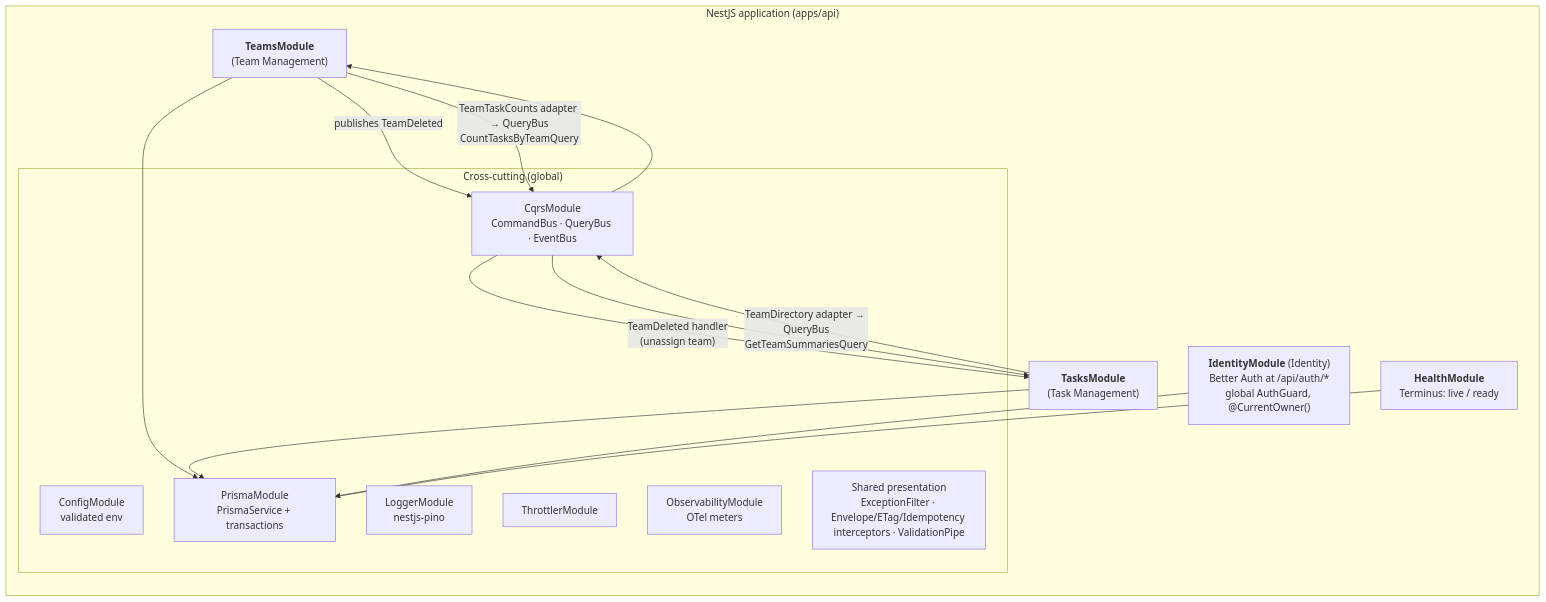
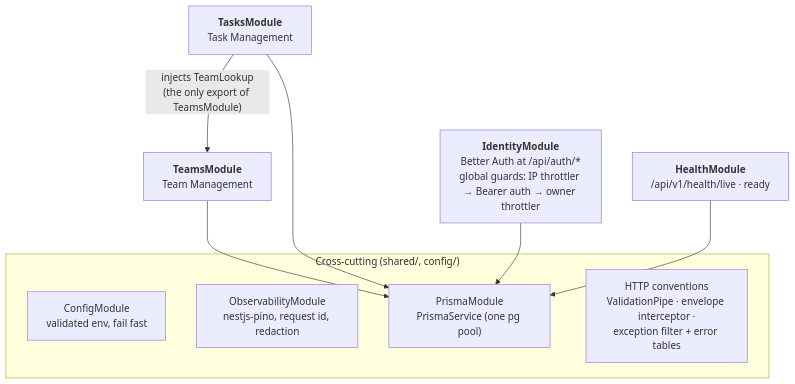
Before and after one commit to rodriguesdenis/hitss: the second of 4 diagrams in docs/architecture/overview.md, drawn with Mermaid. The commit also changed other lines of this file and 56 other files, not shown here.

````diff
--- a/docs/architecture/overview.md
+++ b/docs/architecture/overview.md
@@ -80,30 +33,19 @@
 ```mermaid
 flowchart TB
-  subgraph api["NestJS application (apps/api)"]
-    direction TB
-    subgraph cross["Cross-cutting (global)"]
-      cfg["ConfigModule<br/>validated env"]
-      log["LoggerModule<br/>nestjs-pino"]
-      thr["ThrottlerModule"]
-      obsm["ObservabilityModule<br/>OTel meters"]
-      prisma["PrismaModule<br/>PrismaService + transactions"]
-      cqrs["CqrsModule<br/>CommandBus · QueryBus · EventBus"]
-      http["Shared presentation<br/>ExceptionFilter · Envelope/ETag/Idempotency interceptors · ValidationPipe"]
-    end
-    auth["<b>IdentityModule</b> (Identity)<br/>Better Auth at /api/auth/*<br/>global AuthGuard, @CurrentOwner()"]
-    teams["<b>TeamsModule</b><br/>(Team Management)"]
-    tasks["<b>TasksModule</b><br/>(Task Management)"]
-    health["<b>HealthModule</b><br/>Terminus: live / ready"]
+  subgraph cross["Cross-cutting (shared/, config/)"]
+    cfg["ConfigModule<br/>validated env, fail fast"]
+    obs["ObservabilityModule<br/>nestjs-pino, request id, redaction"]
+    prisma["PrismaModule<br/>PrismaService (one pg pool)"]
+    http["HTTP conventions<br/>ValidationPipe · envelope interceptor ·<br/>exception filter + error tables"]
   end
+  identity["<b>IdentityModule</b><br/>Better Auth at /api/auth/*<br/>global guards: IP throttler → Bearer auth → owner throttler"]
+  teams["<b>TeamsModule</b><br/>Team Management"]
+  tasks["<b>TasksModule</b><br/>Task Management"]
+  health["<b>HealthModule</b><br/>/api/v1/health/live · ready"]
 
-  teams -- "publishes TeamDeleted" --> cqrs
-  cqrs -- "TeamDeleted handler<br/>(unassign team)" --> tasks
-  tasks -- "TeamDirectory adapter → QueryBus<br/>GetTeamSummariesQuery" --> cqrs
-  cqrs --> teams
-  teams -- "TeamTaskCounts adapter → QueryBus<br/>CountTasksByTeamQuery" --> cqrs
-  cqrs --> tasks
+  tasks -- "injects TeamLookup<br/>(the only export of TeamsModule)" --> teams
   teams --> prisma
   tasks --> prisma
-  auth --> prisma
+  identity --> prisma
   health --> prisma
 ```
````
